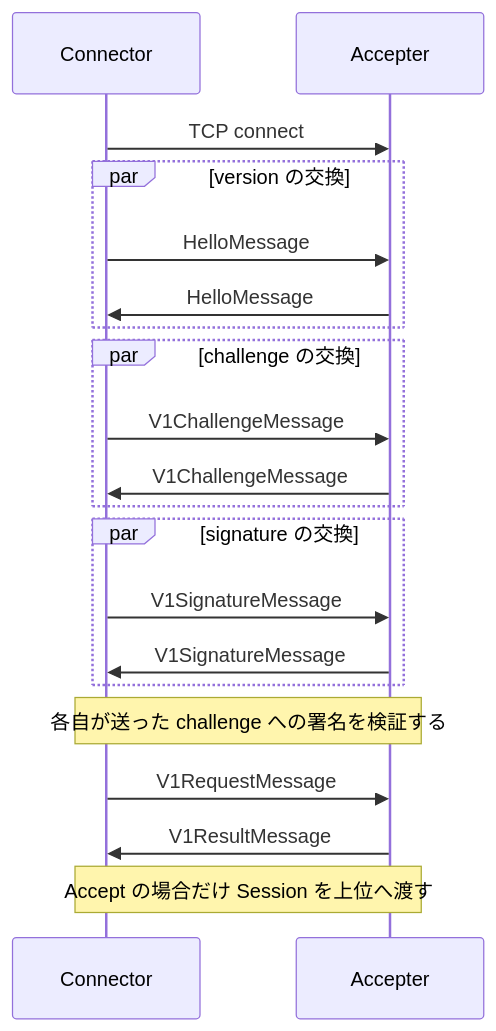
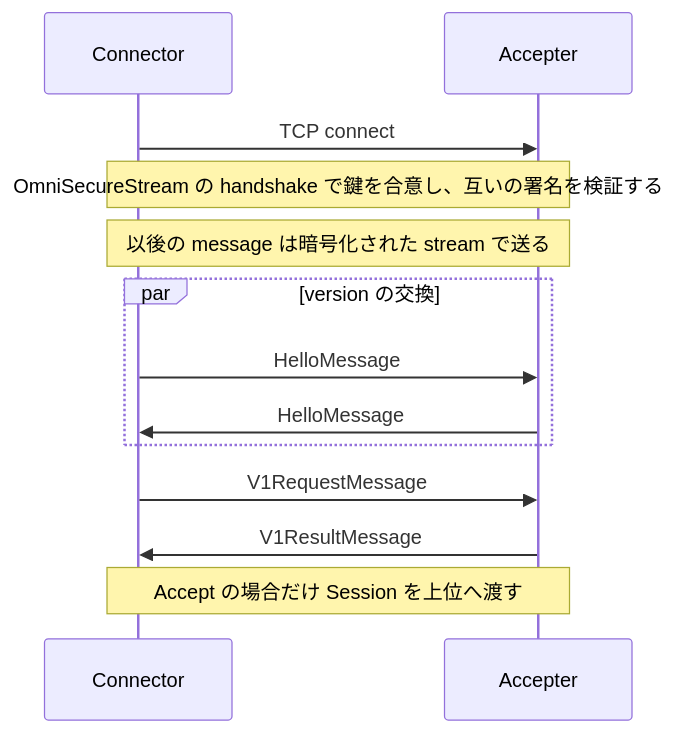
One commit to omnius-labs/axus changed the diagram in docs/design/session.md. Above: the diagram before and after it, drawn with Mermaid. The commit also changed other lines of this file and 4 other files, not shown here.

````diff
--- a/docs/design/session.md
+++ b/docs/design/session.md
@@ -39,23 +41,16 @@
 ```mermaid
 sequenceDiagram
     participant C as Connector
     participant A as Accepter
 
     C->>A: TCP connect
+    Note over C,A: OmniSecureStream の handshake で鍵を合意し、互いの署名を検証する
+    Note over C,A: 以後の message は暗号化された stream で送る
     par version の交換
         C->>A: HelloMessage
         A->>C: HelloMessage
     end
-    par challenge の交換
-        C->>A: V1ChallengeMessage
-        A->>C: V1ChallengeMessage
-    end
-    par signature の交換
-        C->>A: V1SignatureMessage
-        A->>C: V1SignatureMessage
-    end
-    Note over C,A: 各自が送った challenge への署名を検証する
     C->>A: V1RequestMessage
     A->>C: V1ResultMessage
     Note over C,A: Accept の場合だけ Session を上位へ渡す
 ```
````
